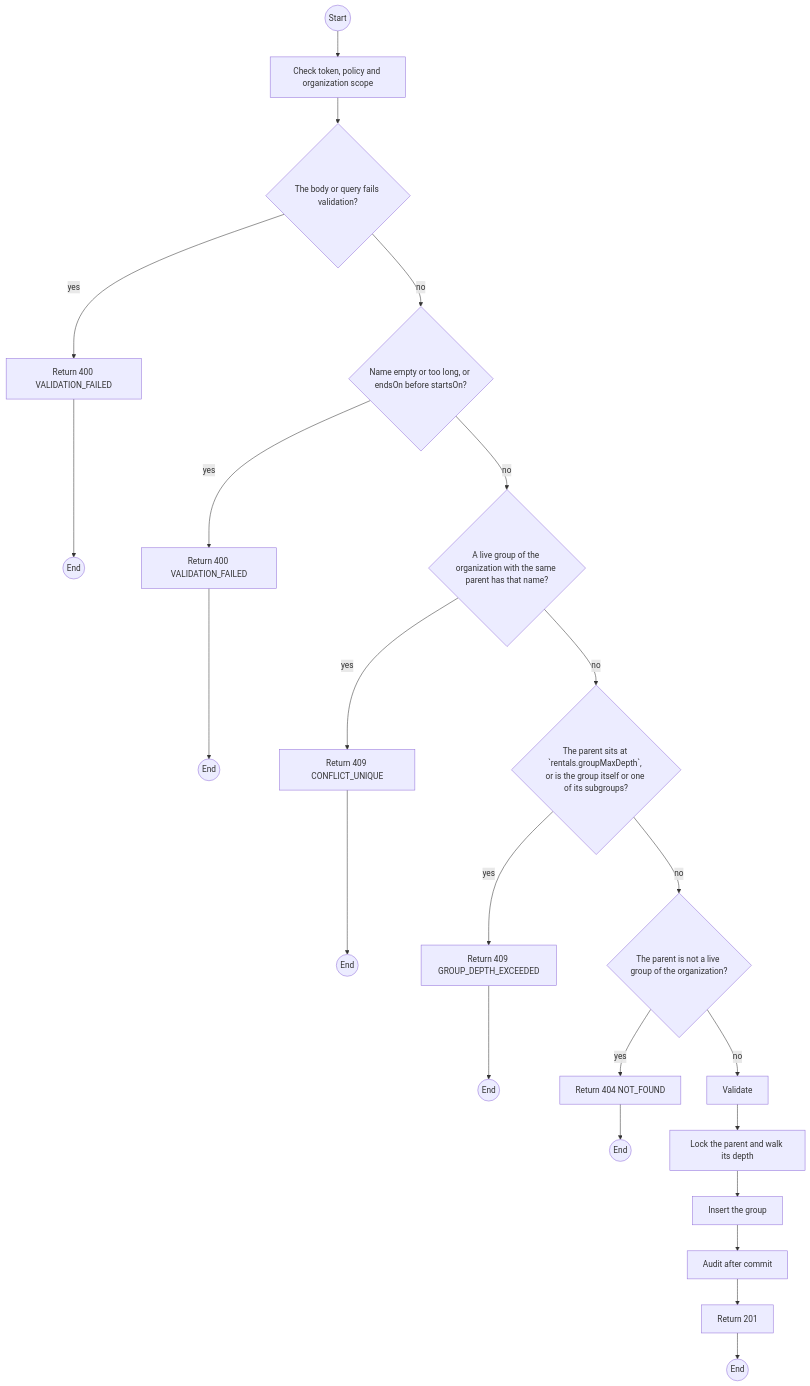
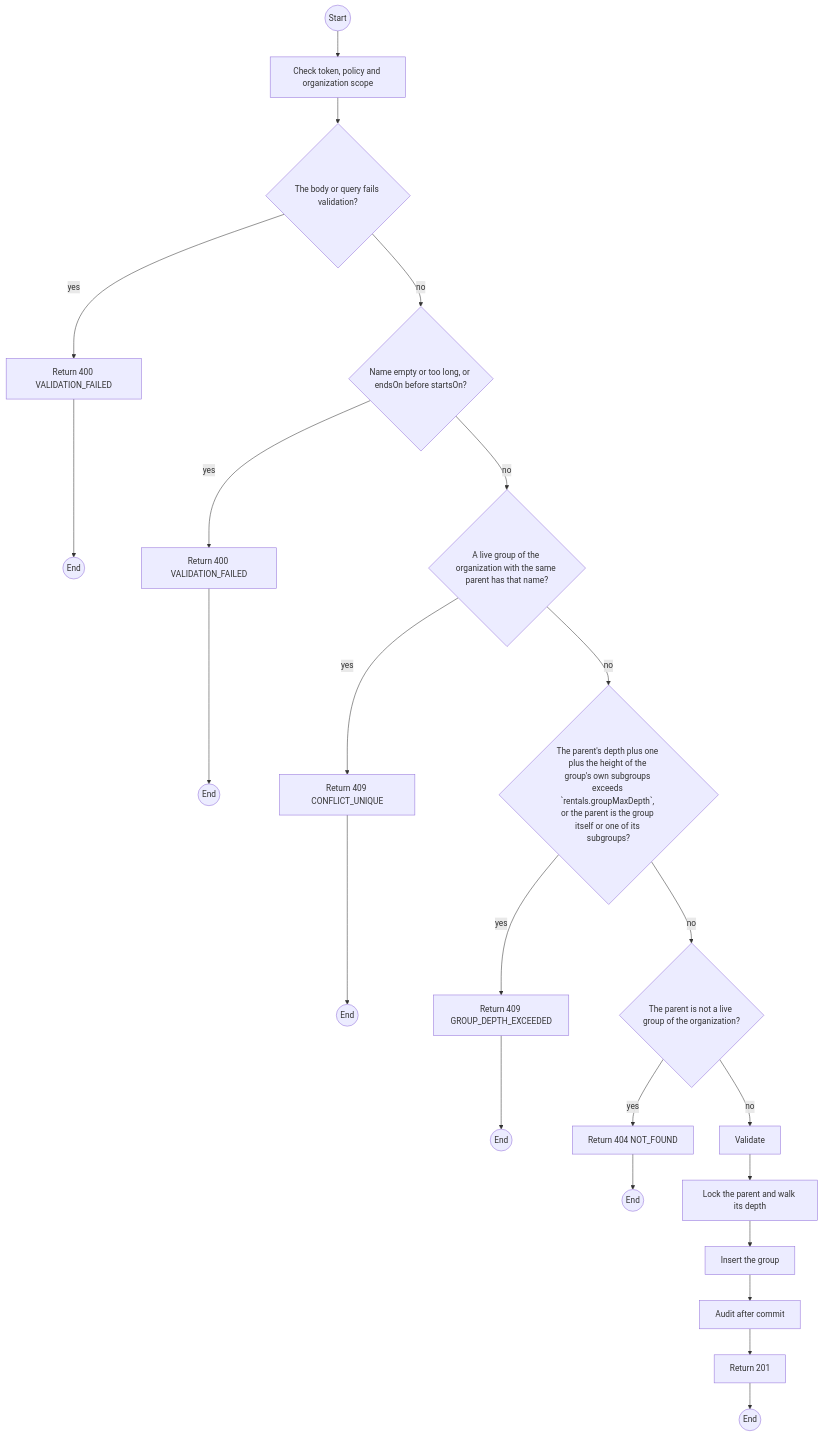
Before and after one commit to TrekLink-Team/treklink-web: the first of 2 diagrams in specs/rentals/api-design/23-post-groups.md, drawn with Mermaid. The commit also changed other lines of this file and 12 other files, not shown here.

````diff
--- a/specs/rentals/api-design/23-post-groups.md
+++ b/specs/rentals/api-design/23-post-groups.md
@@ -193,42 +193,42 @@
 ```mermaid
 flowchart TB
     S((Start))
     A0["Check token, policy and organization scope"]
     S --> A0
     D1{"The body or query fails validation?"}
     A0 --> D1
     E1["Return 400 VALIDATION_FAILED"]
     D1 -->|yes| E1
     E1 --> X1((End))
     D2{"Name empty or too long, or endsOn before startsOn?"}
     D1 -->|no| D2
     E2["Return 400 VALIDATION_FAILED"]
     D2 -->|yes| E2
     E2 --> X2((End))
     D3{"A live group of the organization with the same parent has that name?"}
     D2 -->|no| D3
     E3["Return 409 CONFLICT_UNIQUE"]
     D3 -->|yes| E3
     E3 --> X3((End))
-    D4{"The parent sits at `rentals.groupMaxDepth`, or is the group itself or one of its subgroups?"}
+    D4{"The parent's depth plus one plus the height of the group's own subgroups exceeds `rentals.groupMaxDepth`, or the parent is the group itself or one of its subgroups?"}
     D3 -->|no| D4
     E4["Return 409 GROUP_DEPTH_EXCEEDED"]
     D4 -->|yes| E4
     E4 --> X4((End))
     D5{"The parent is not a live group of the organization?"}
     D4 -->|no| D5
     E5["Return 404 NOT_FOUND"]
     D5 -->|yes| E5
     E5 --> X5((End))
     P0["Validate"]
     D5 -->|no| P0
     P1["Lock the parent and walk its depth"]
     P0 --> P1
     P2["Insert the group"]
     P1 --> P2
     P3["Audit after commit"]
     P2 --> P3
     OK["Return 201"]
     P3 --> OK
     OK --> Z((End))
 ```
````
